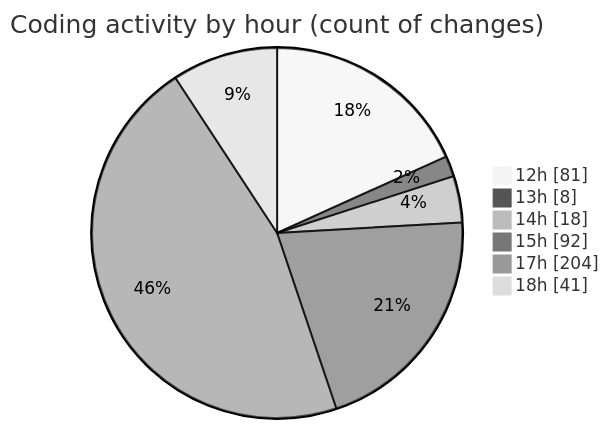
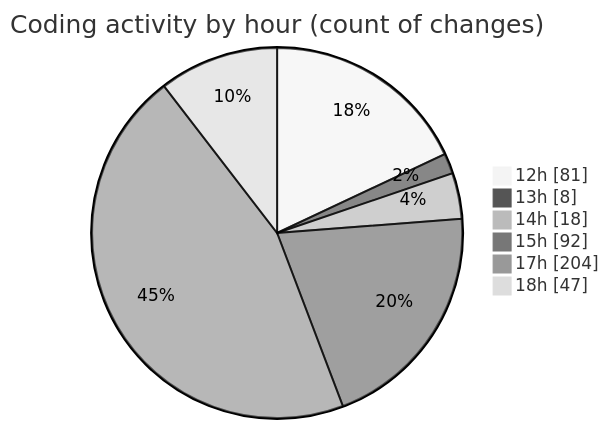
The second of 2 diagrams in 2025-12-28/rust/README.md (Ritupan-Deka/code-tracking), drawn with Mermaid (neutral theme) before and after one commit. The commit also changed other lines of this file and 1 other file, not shown here.

````diff
--- a/2025-12-28/rust/README.md
+++ b/2025-12-28/rust/README.md
@@ -31,10 +31,10 @@
 ```mermaid
 pie showData
 title Coding activity by hour (count of changes)
 "12h" : 81
 "13h" : 8
 "14h" : 18
 "15h" : 92
 "17h" : 204
-"18h" : 41
+"18h" : 47
 ```
````
